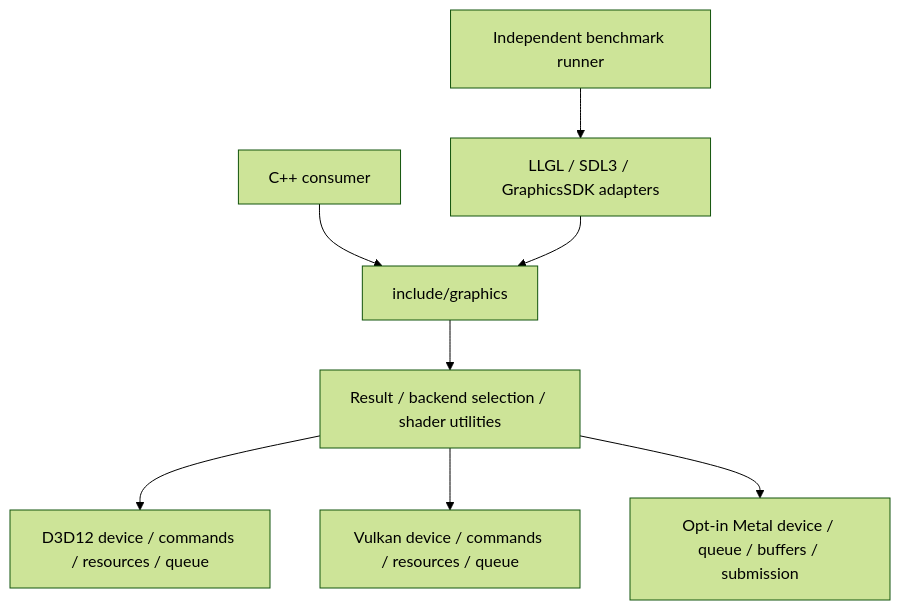
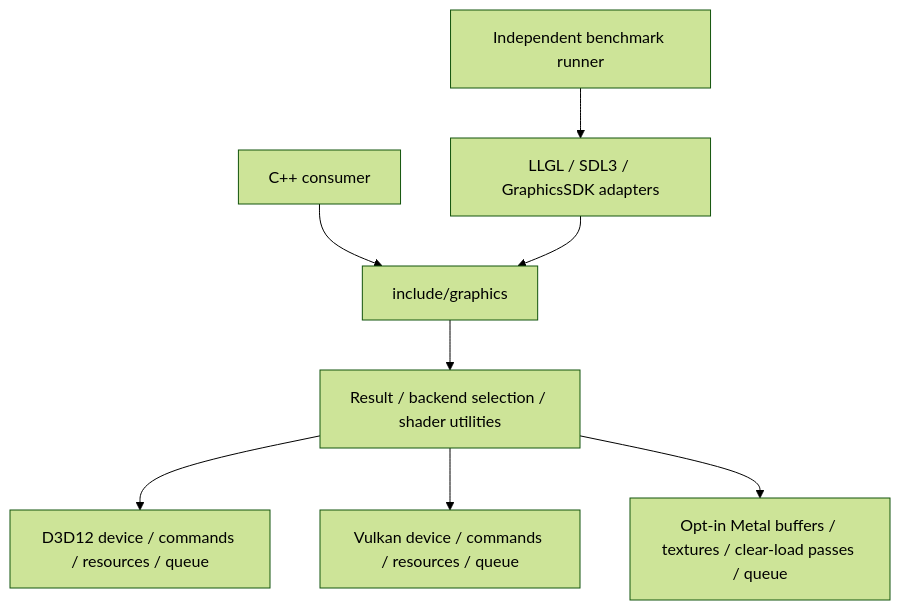
The diagram in docs/ARCHITECTURE.md (blackvrice/GraphicsSDK), drawn with Mermaid (forest theme) before and after one commit. The commit also changed other lines of this file and 17 other files, not shown here.

Commit message:
Archive Metal texture transfers and clear load pass evidence with replay

````diff
--- a/docs/ARCHITECTURE.md
+++ b/docs/ARCHITECTURE.md
@@ -7,10 +7,10 @@
 ```mermaid
 flowchart TD
   Consumer[C++ consumer] --> API[include/graphics]
   API --> Core[Result / backend selection / shader utilities]
   Core --> D3D12[D3D12 device / commands / resources / queue]
   Core --> Vulkan[Vulkan device / commands / resources / queue]
-  Core --> Metal[Opt-in Metal device / queue / buffers / submission]
+  Core --> Metal[Opt-in Metal buffers / textures / clear-load passes / queue]
   Suite[Independent benchmark runner] --> Adapters[LLGL / SDL3 / GraphicsSDK adapters]
   Adapters --> API
 ```
````
